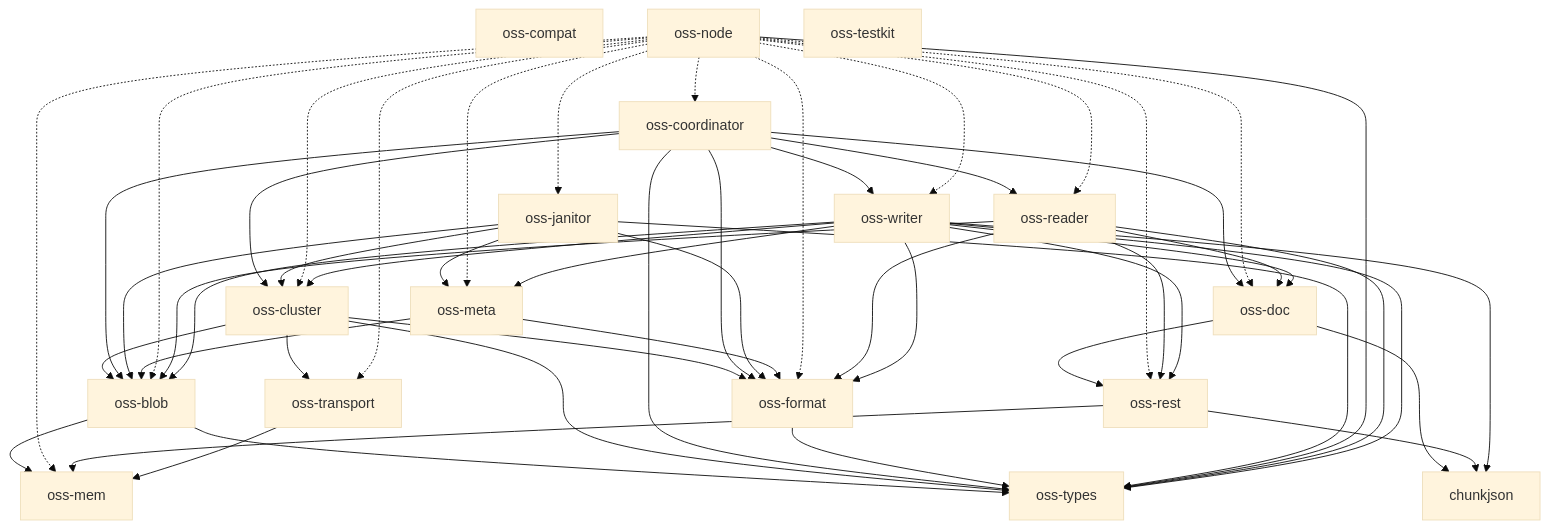
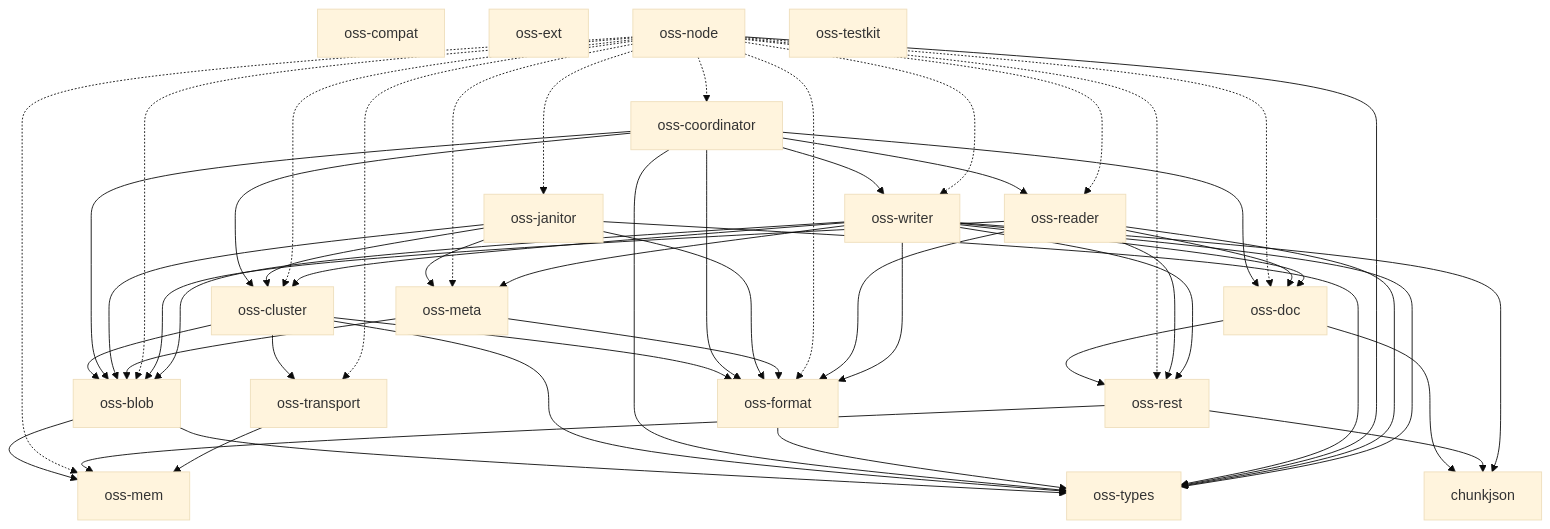
The diagram in docs/architecture.md (huyz0/opensearch-serverless), drawn with Mermaid (base theme) before and after one commit. The commit also changed 18 other files, not shown here.

````diff
--- a/docs/architecture.md
+++ b/docs/architecture.md
@@ -10,60 +10,61 @@
 ```mermaid
 graph TD
     chunkjson
     oss-blob --> oss-mem
     oss-blob --> oss-types
     oss-cluster --> oss-blob
     oss-cluster --> oss-format
     oss-cluster --> oss-transport
     oss-cluster --> oss-types
     oss-compat
     oss-coordinator --> oss-blob
     oss-coordinator --> oss-cluster
     oss-coordinator --> oss-doc
     oss-coordinator --> oss-format
     oss-coordinator --> oss-reader
     oss-coordinator --> oss-types
     oss-coordinator --> oss-writer
     oss-doc --> chunkjson
     oss-doc --> oss-rest
+    oss-ext
     oss-format --> oss-types
     oss-janitor --> oss-blob
     oss-janitor --> oss-cluster
     oss-janitor --> oss-format
     oss-janitor --> oss-meta
     oss-janitor --> oss-types
     oss-mem
     oss-meta --> oss-blob
     oss-meta --> oss-format
     oss-node -.-> oss-blob
     oss-node -.-> oss-cluster
     oss-node -.-> oss-coordinator
     oss-node -.-> oss-doc
     oss-node -.-> oss-format
     oss-node -.-> oss-janitor
     oss-node -.-> oss-mem
     oss-node -.-> oss-meta
     oss-node -.-> oss-reader
     oss-node -.-> oss-rest
     oss-node -.-> oss-transport
     oss-node --> oss-types
     oss-node -.-> oss-writer
     oss-reader --> oss-blob
     oss-reader --> oss-doc
     oss-reader --> oss-format
     oss-reader --> oss-rest
     oss-reader --> oss-types
     oss-rest --> chunkjson
     oss-rest --> oss-mem
     oss-testkit
     oss-transport --> oss-mem
     oss-types
     oss-writer --> chunkjson
     oss-writer --> oss-blob
     oss-writer --> oss-cluster
     oss-writer --> oss-doc
     oss-writer --> oss-format
     oss-writer --> oss-meta
     oss-writer --> oss-rest
     oss-writer --> oss-types
 ```
````
